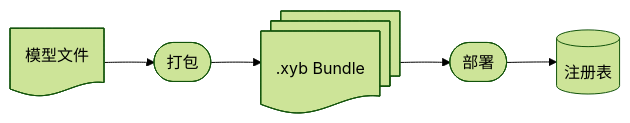
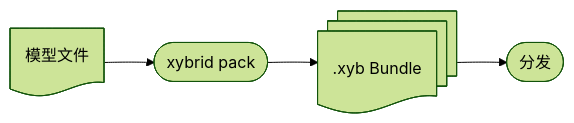
Before and after one commit to chimbiwide/xybrid: the diagram in docs/content/docs/concepts/packaging-and-deployment.zh.mdx, drawn with Mermaid (forest theme). The commit also changed other lines of this file and 9 other files, not shown here.

````diff
--- a/docs/content/docs/concepts/packaging-and-deployment.zh.mdx
+++ b/docs/content/docs/concepts/packaging-and-deployment.zh.mdx
@@ -12,13 +12,11 @@
 ```mermaid
 flowchart LR
-    A["模型文件"] --> B["打包"]
+    A["模型文件"] --> B["xybrid pack"]
     B --> C[".xyb Bundle"]
-    C --> D["部署"]
-    D --> E["注册表"]
+    C --> D["分发"]
 
     A@{ shape: doc}
     B@{ shape: terminal}
     C@{ shape: docs}
     D@{ shape: terminal}
-    E@{ shape: db}
 ```
````
